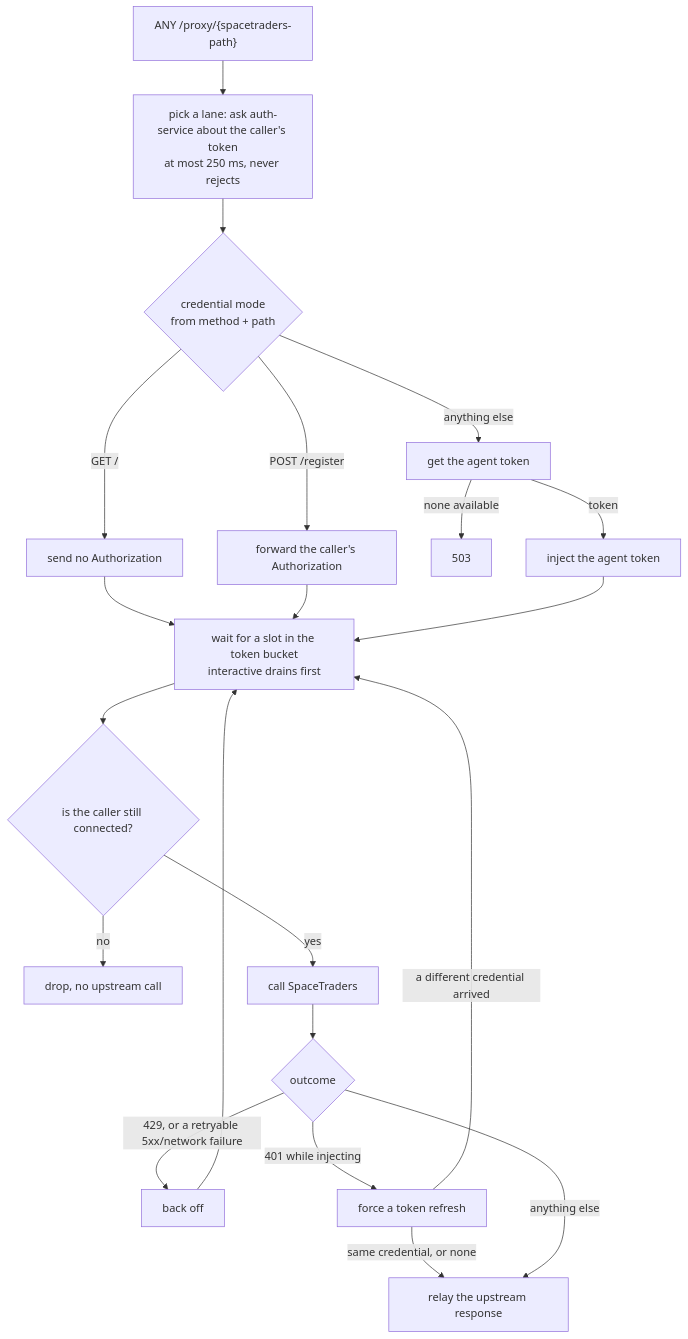
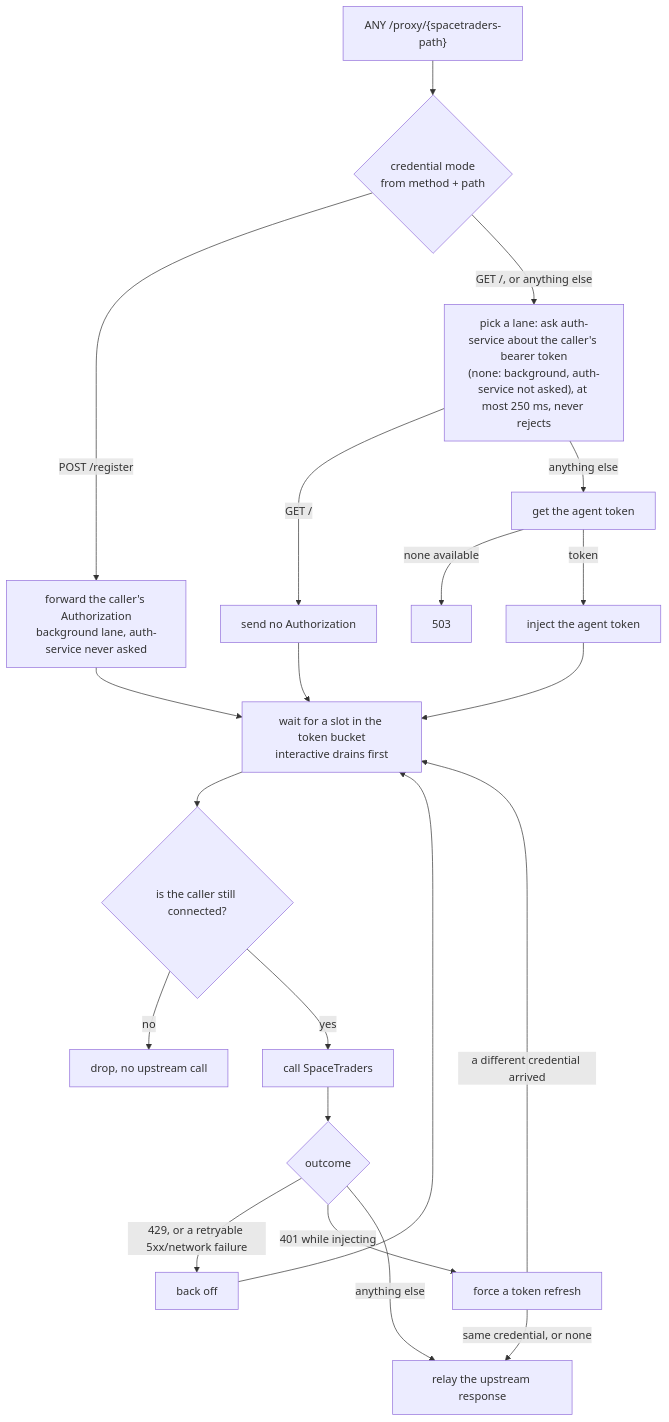
The second of 3 diagrams in README.md (V-M-Pioneer-Trading/st-gateway), drawn with Mermaid before and after one commit. The commit also changed other lines of this file and 7 other files, not shown here.

````diff
--- a/README.md
+++ b/README.md
@@ -63,23 +63,23 @@
 ```mermaid
 flowchart TD
-  A["ANY /proxy/{spacetraders-path}"] --> B["pick a lane: ask auth-service about the caller's token<br/>at most 250 ms, never rejects"]
-  B --> C{"credential mode<br/>from method + path"}
-  C -- "GET /" --> D["send no Authorization"]
-  C -- "POST /register" --> E["forward the caller's Authorization"]
-  C -- "anything else" --> F["get the agent token"]
+  A["ANY /proxy/{spacetraders-path}"] --> C{"credential mode<br/>from method + path"}
+  C -- "POST /register" --> E["forward the caller's Authorization<br/>background lane, auth-service never asked"]
+  C -- "GET /, or anything else" --> B["pick a lane: ask auth-service about the caller's bearer token<br/>(none: background, auth-service not asked), at most 250 ms, never rejects"]
+  B -- "GET /" --> D["send no Authorization"]
+  B -- "anything else" --> F["get the agent token"]
   F -- "none available" --> G["503"]
   F -- "token" --> H["inject the agent token"]
   D --> Q
   E --> Q
   H --> Q["wait for a slot in the token bucket<br/>interactive drains first"]
   Q --> R{"is the caller still connected?"}
   R -- "no" --> S["drop, no upstream call"]
   R -- "yes" --> T["call SpaceTraders"]
   T --> U{"outcome"}
   U -- "429, or a retryable 5xx/network failure" --> V["back off"]
   U -- "401 while injecting" --> W["force a token refresh"]
   W -- "a different credential arrived" --> Q
   W -- "same credential, or none" --> X["relay the upstream response"]
   U -- "anything else" --> X
   V --> Q
 ```
````
